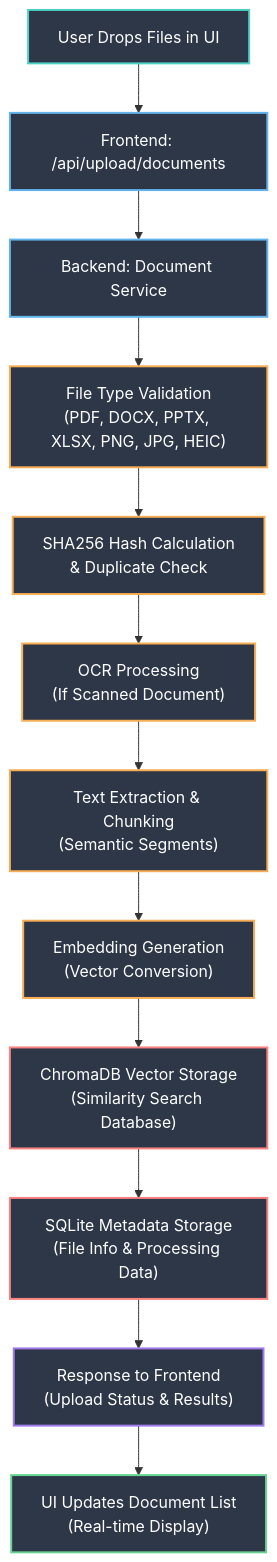
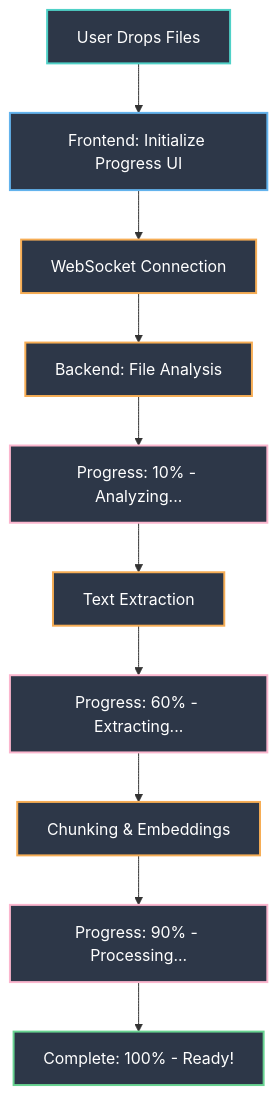
The first of 4 diagrams in README.md (narenallam/chatbot), drawn with Mermaid before and after one commit. The commit also changed other lines of this file and 19 other files, not shown here.

````diff
--- a/README.md
+++ b/README.md
@@ -41,27 +53,23 @@
 ```mermaid
 graph TD
-    A["User Drops Files in UI"] --> B["Frontend: /api/upload/documents"]
-    B --> C["Backend: Document Service"]
-    C --> D["File Type Validation<br/>(PDF, DOCX, PPTX, XLSX, PNG, JPG, HEIC)"]
-    D --> E["SHA256 Hash Calculation<br/>& Duplicate Check"]
-    E --> F["OCR Processing<br/>(If Scanned Document)"]
-    F --> G["Text Extraction & Chunking<br/>(Semantic Segments)"]
-    G --> H["Embedding Generation<br/>(Vector Conversion)"]
-    H --> I["ChromaDB Vector Storage<br/>(Similarity Search Database)"]
-    I --> J["SQLite Metadata Storage<br/>(File Info & Processing Data)"]
-    J --> K["Response to Frontend<br/>(Upload Status & Results)"]
-    K --> L["UI Updates Document List<br/>(Real-time Display)"]
+    A["User Drops Files"] --> B["Frontend: Initialize Progress UI"]
+    B --> C["WebSocket Connection"]
+    C --> D["Backend: File Analysis"]
+    D --> E["Progress: 10% - Analyzing..."]
+    E --> F["Text Extraction"]
+    F --> G["Progress: 60% - Extracting..."]
+    G --> H["Chunking & Embeddings"]
+    H --> I["Progress: 90% - Processing..."]
+    I --> J["Complete: 100% - Ready!"]
     
     style A fill:#2d3748,stroke:#4fd1c7,stroke-width:2px,color:#ffffff
     style B fill:#2d3748,stroke:#63b3ed,stroke-width:2px,color:#ffffff
-    style C fill:#2d3748,stroke:#63b3ed,stroke-width:2px,color:#ffffff
+    style C fill:#2d3748,stroke:#f6ad55,stroke-width:2px,color:#ffffff
     style D fill:#2d3748,stroke:#f6ad55,stroke-width:2px,color:#ffffff
-    style E fill:#2d3748,stroke:#f6ad55,stroke-width:2px,color:#ffffff
+    style E fill:#2d3748,stroke:#fbb6ce,stroke-width:2px,color:#ffffff
     style F fill:#2d3748,stroke:#f6ad55,stroke-width:2px,color:#ffffff
-    style G fill:#2d3748,stroke:#f6ad55,stroke-width:2px,color:#ffffff
+    style G fill:#2d3748,stroke:#fbb6ce,stroke-width:2px,color:#ffffff
     style H fill:#2d3748,stroke:#f6ad55,stroke-width:2px,color:#ffffff
-    style I fill:#2d3748,stroke:#fc8181,stroke-width:2px,color:#ffffff
-    style J fill:#2d3748,stroke:#fc8181,stroke-width:2px,color:#ffffff
-    style K fill:#2d3748,stroke:#9f7aea,stroke-width:2px,color:#ffffff
-    style L fill:#2d3748,stroke:#68d391,stroke-width:2px,color:#ffffff
+    style I fill:#2d3748,stroke:#fbb6ce,stroke-width:2px,color:#ffffff
+    style J fill:#2d3748,stroke:#68d391,stroke-width:2px,color:#ffffff
 ```
````
